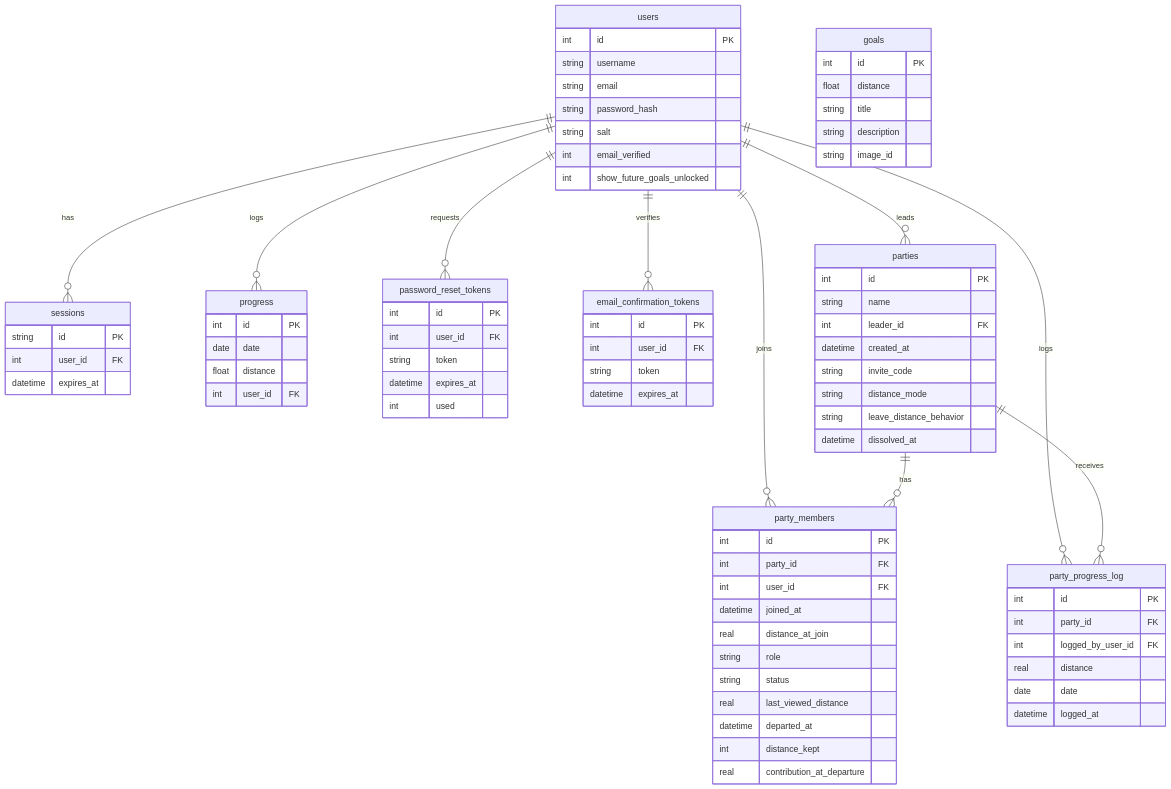
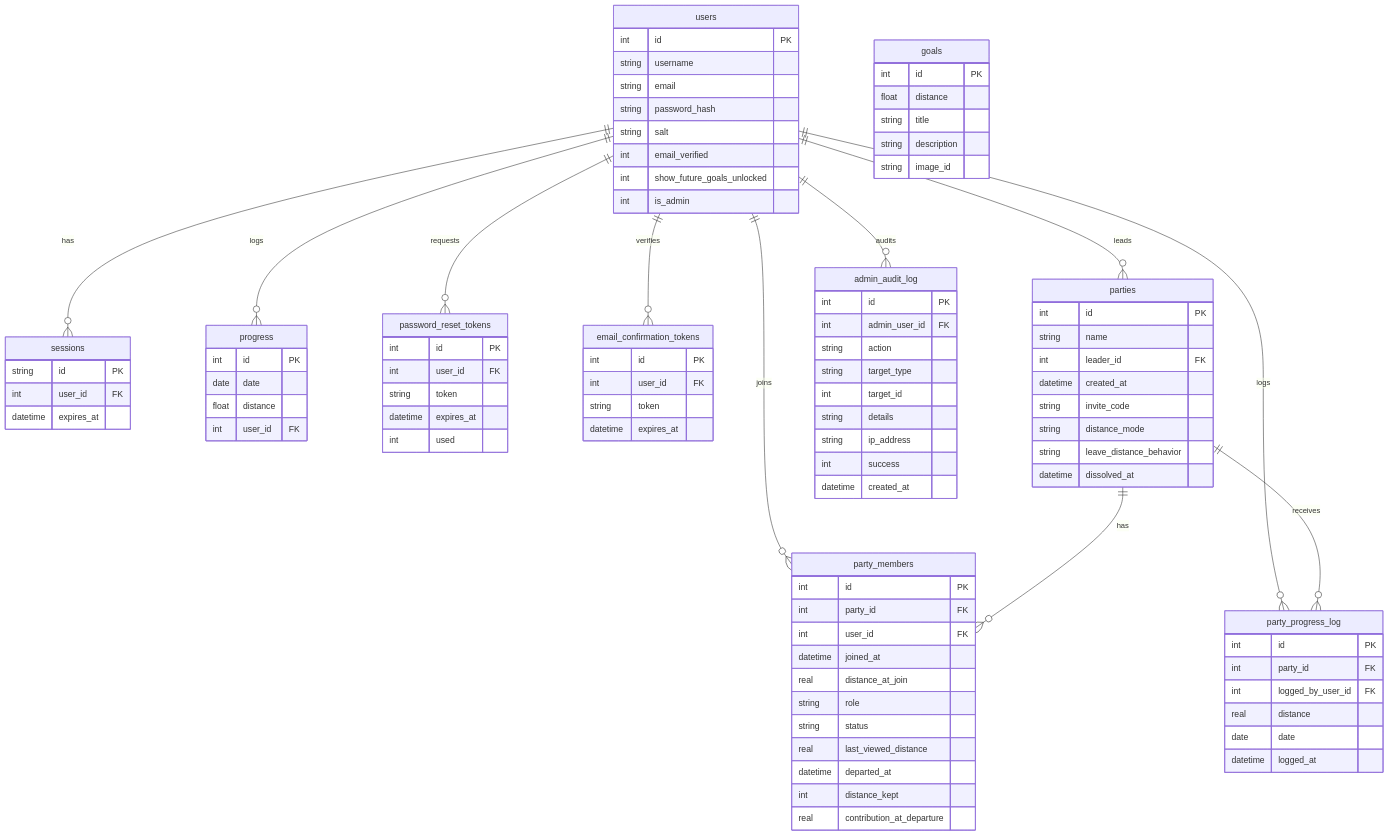
One commit to skittlz444/walk-to-mordor changed the diagram in docs/data-models.md. Above: the diagram before and after it, drawn with Mermaid. The commit also changed other lines of this file and 13 other files, not shown here.

````diff
--- a/docs/data-models.md
+++ b/docs/data-models.md
@@ -127,6 +144,7 @@
     users ||--o{ parties : "leads"
     users ||--o{ party_members : "joins"
     users ||--o{ party_progress_log : "logs"
+    users ||--o{ admin_audit_log : "audits"
     parties ||--o{ party_members : "has"
     parties ||--o{ party_progress_log : "receives"
 
@@ -138,6 +156,7 @@
         string salt
         int email_verified
         int show_future_goals_unlocked
+        int is_admin
     }
     
     sessions {
@@ -209,4 +228,16 @@
         date date
         datetime logged_at
     }
+
+    admin_audit_log {
+        int id PK
+        int admin_user_id FK
+        string action
+        string target_type
+        int target_id
+        string details
+        string ip_address
+        int success
+        datetime created_at
+    }
 ```
````
